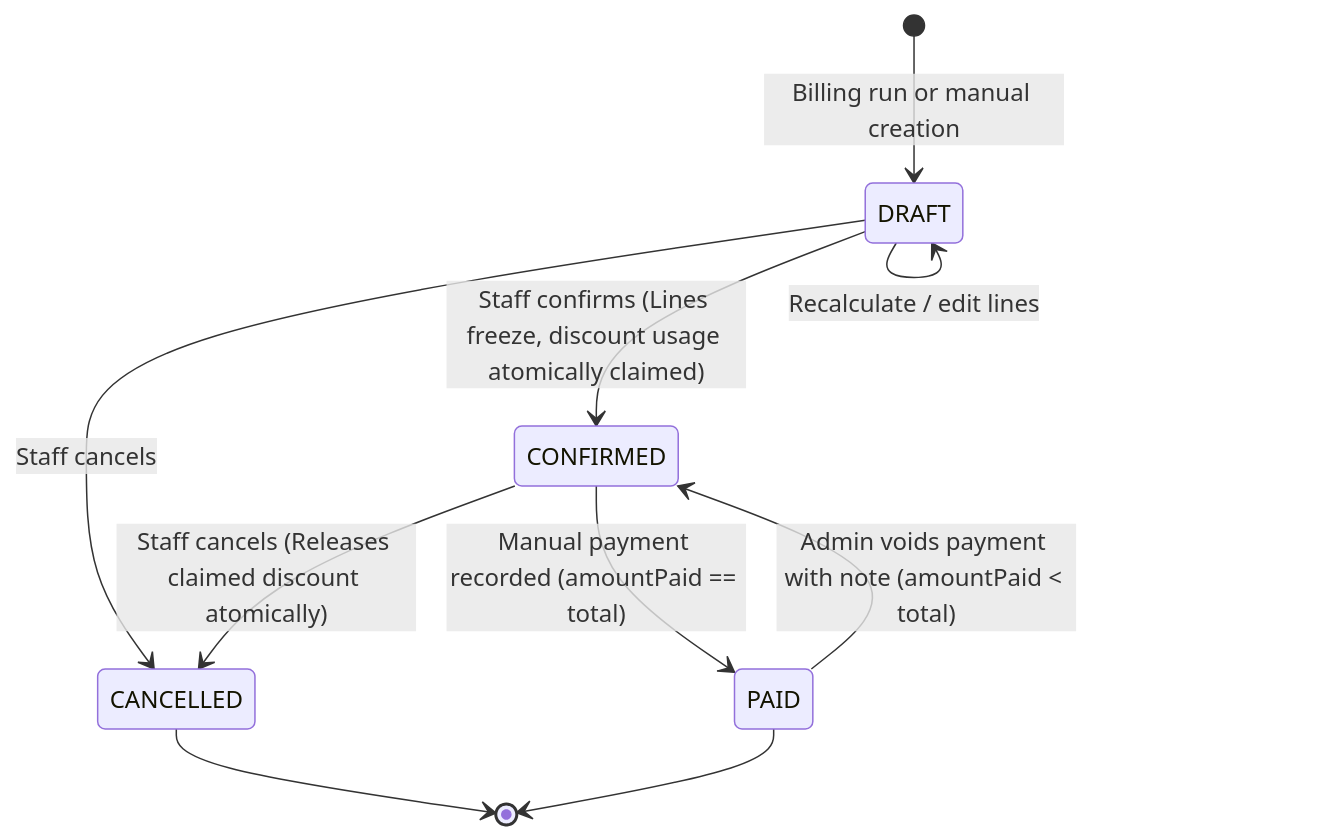
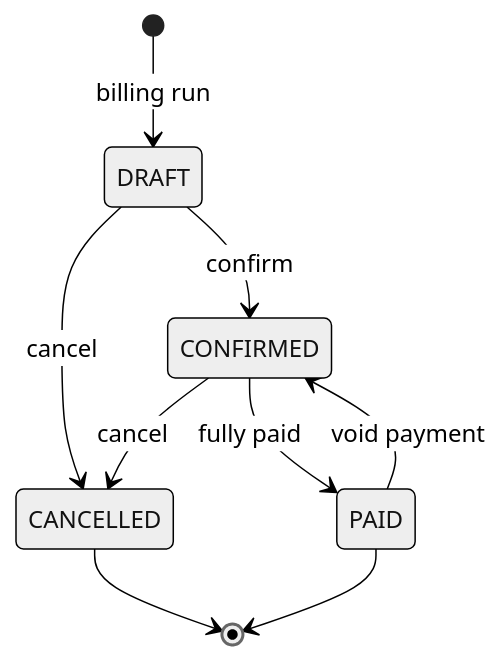
One commit to pughal-36/Brightloop changed the seventh of 7 diagrams in README.md. Above: the diagram before and after it, drawn with Mermaid. The commit also changed other lines of this file, not shown here.

Commit message:
docs: rebuild architecture, ER and state diagrams for readability and accuracy

````diff
--- a/README.md
+++ b/README.md
@@ -208,16 +416,12 @@
 ```mermaid
+%%{init: {"theme": "neutral"}}%%
 stateDiagram-v2
-    [*] --> DRAFT : Billing run or manual creation
-    DRAFT --> DRAFT : Recalculate / edit lines
-    
-    DRAFT --> CONFIRMED : Staff confirms (Lines freeze, discount usage atomically claimed)
-    DRAFT --> CANCELLED : Staff cancels
-    
-    CONFIRMED --> PAID : Manual payment recorded (amountPaid == total)
-    CONFIRMED --> CANCELLED : Staff cancels (Releases claimed discount atomically)
-    
-    PAID --> CONFIRMED : Admin voids payment with note (amountPaid < total)
-    
+    [*] --> DRAFT : billing run
+    DRAFT --> CONFIRMED : confirm
+    DRAFT --> CANCELLED : cancel
+    CONFIRMED --> PAID : fully paid
+    CONFIRMED --> CANCELLED : cancel
+    PAID --> CONFIRMED : void payment
     CANCELLED --> [*]
     PAID --> [*]
 ```
````
